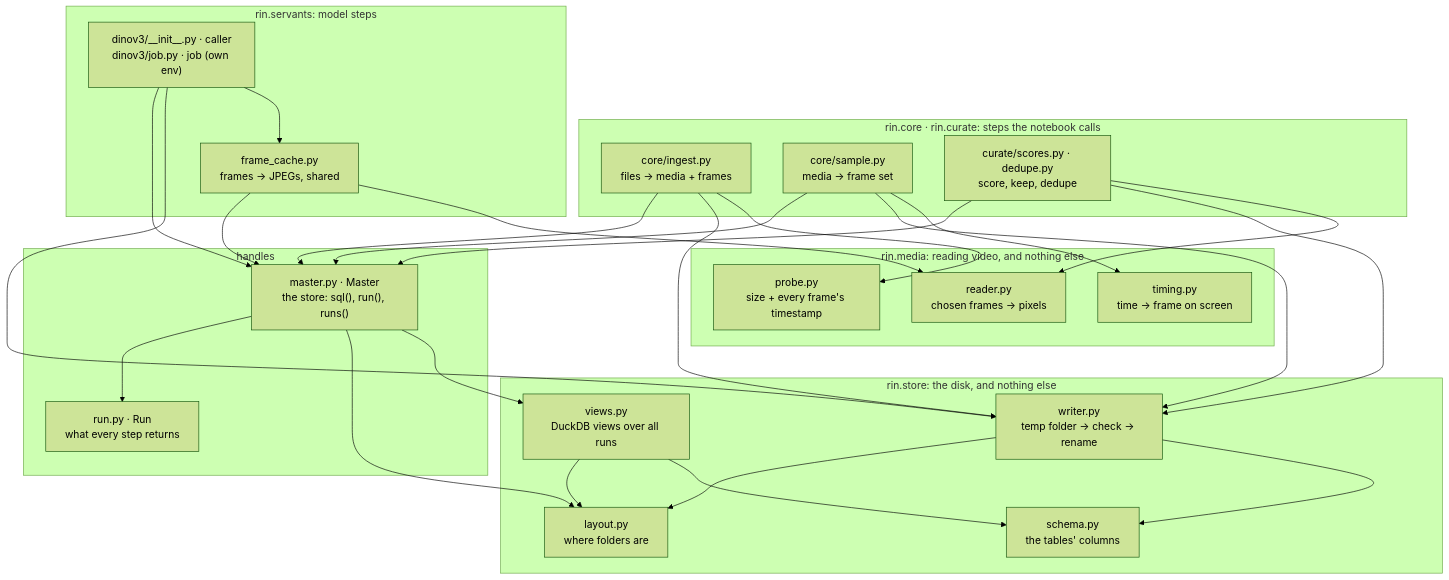
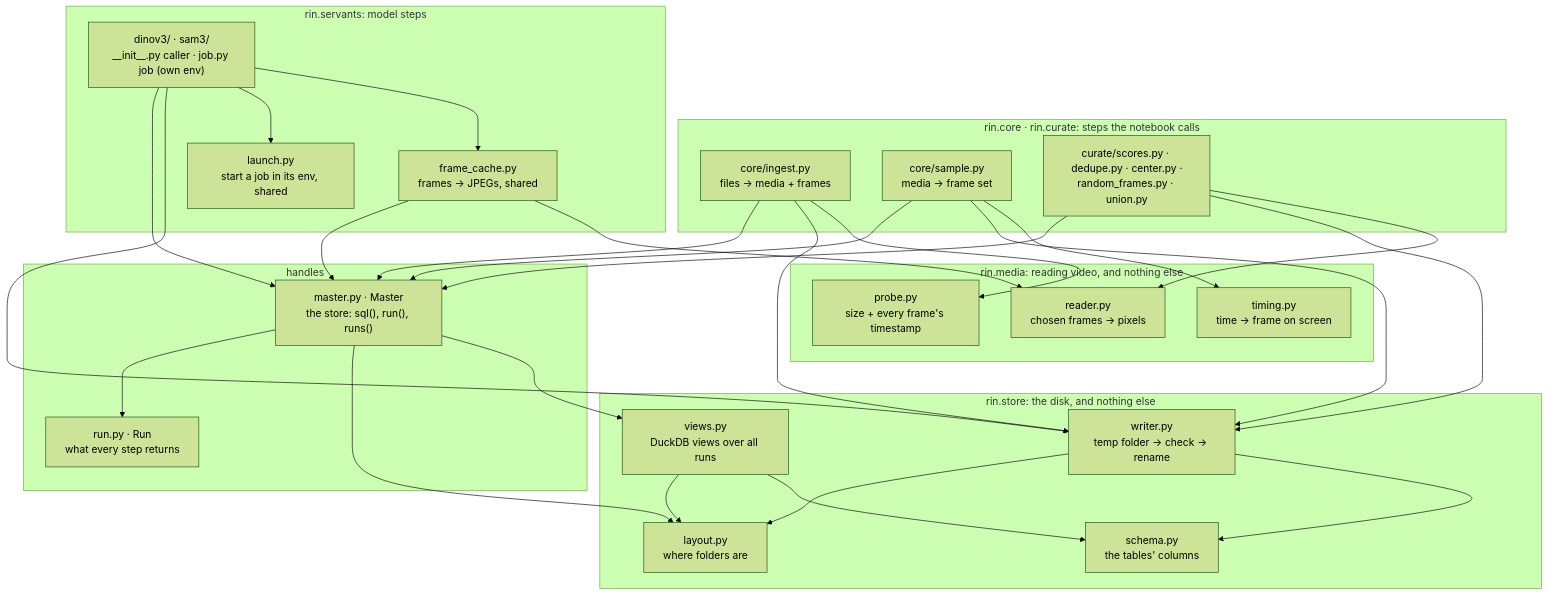
The diagram in docs/core.md (cupcakes04/Rin), drawn with Mermaid (forest theme) before and after one commit. The commit also changed other lines of this file and 42 other files, not shown here.

````diff
--- a/docs/core.md
+++ b/docs/core.md
@@ -77,36 +86,37 @@
 ```mermaid
 flowchart TB
     subgraph steps["rin.core · rin.curate: steps the notebook calls"]
       ING["core/ingest.py<br/>files → media + frames"]
       SAM["core/sample.py<br/>media → frame set"]
-      CUR["curate/scores.py · dedupe.py<br/>score, keep, dedupe"]
+      CUR["curate/scores.py · dedupe.py · center.py ·<br/>random_frames.py · union.py"]
     end
     subgraph servants["rin.servants: model steps"]
-      DIN["dinov3/__init__.py · caller<br/>dinov3/job.py · job (own env)"]
+      DIN["dinov3/ · sam3/<br/>__init__.py caller · job.py job (own env)"]
       FC["frame_cache.py<br/>frames → JPEGs, shared"]
+      LAU["launch.py<br/>start a job in its env, shared"]
     end
     subgraph handles["handles"]
       MAS["master.py · Master<br/>the store: sql(), run(), runs()"]
       RUN["run.py · Run<br/>what every step returns"]
     end
     subgraph store["rin.store: the disk, and nothing else"]
       LAY["layout.py<br/>where folders are"]
       SCH["schema.py<br/>the tables' columns"]
       WRI["writer.py<br/>temp folder → check → rename"]
       VIE["views.py<br/>DuckDB views over all runs"]
     end
     subgraph media["rin.media: reading video, and nothing else"]
       PRO["probe.py<br/>size + every frame's timestamp"]
       TIM["timing.py<br/>time → frame on screen"]
       REA["reader.py<br/>chosen frames → pixels"]
     end
     ING --> PRO & WRI & MAS
     SAM --> TIM & WRI & MAS
     CUR --> REA & WRI & MAS
-    DIN --> FC & WRI & MAS
+    DIN --> FC & LAU & WRI & MAS
     FC --> REA & MAS
     MAS --> VIE & LAY
     MAS --> RUN
     WRI --> SCH & LAY
     VIE --> SCH & LAY
 ```
````
